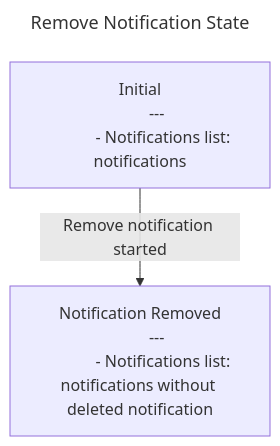
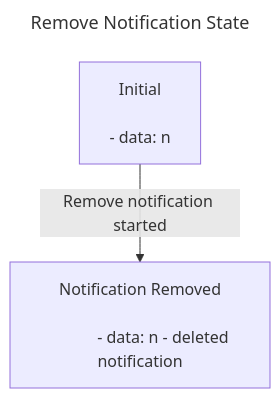
Before and after one commit to davidroberto/react-redux-clean-architecture-tdd-eda-vertical-slices: the diagram in src/notification/features/remove-notification/remove-notification.state-machine.md, drawn with Mermaid. The commit also changed 5 other files, not shown here.

Commit message:
doc: update fsm diagram for prevent the heading md render error

````diff
--- a/src/notification/features/remove-notification/remove-notification.state-machine.md
+++ b/src/notification/features/remove-notification/remove-notification.state-machine.md
@@ -1,21 +1,21 @@
 ```mermaid
 ---
 title: Remove Notification State
 ---
 
 flowchart TD
     A[
         Initial
-        ---
-            - Notifications list: notifications
+        
+            - data: n
     ]
 
     B[
         Notification Removed
-        ---
-            - Notifications list: notifications without deleted notification
+        
+            - data: n - deleted notification
     ]
 
 A -->|Remove notification started|B
 
 ```
````
